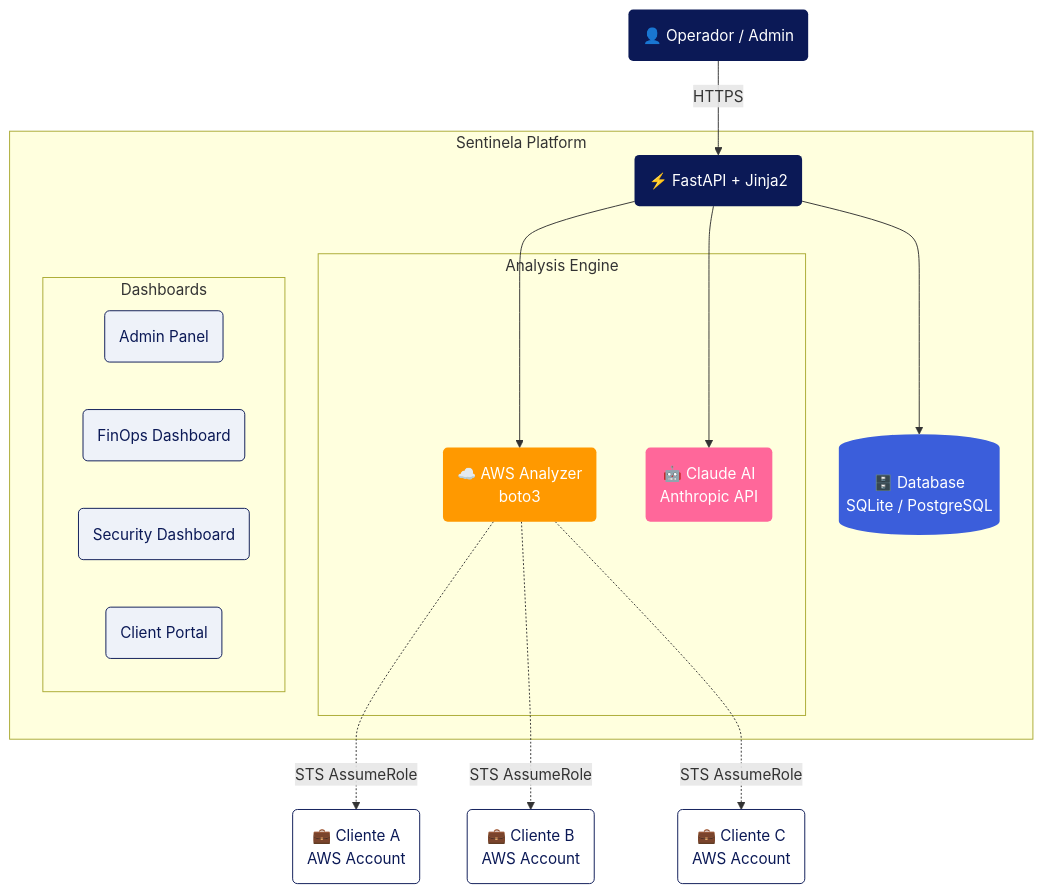
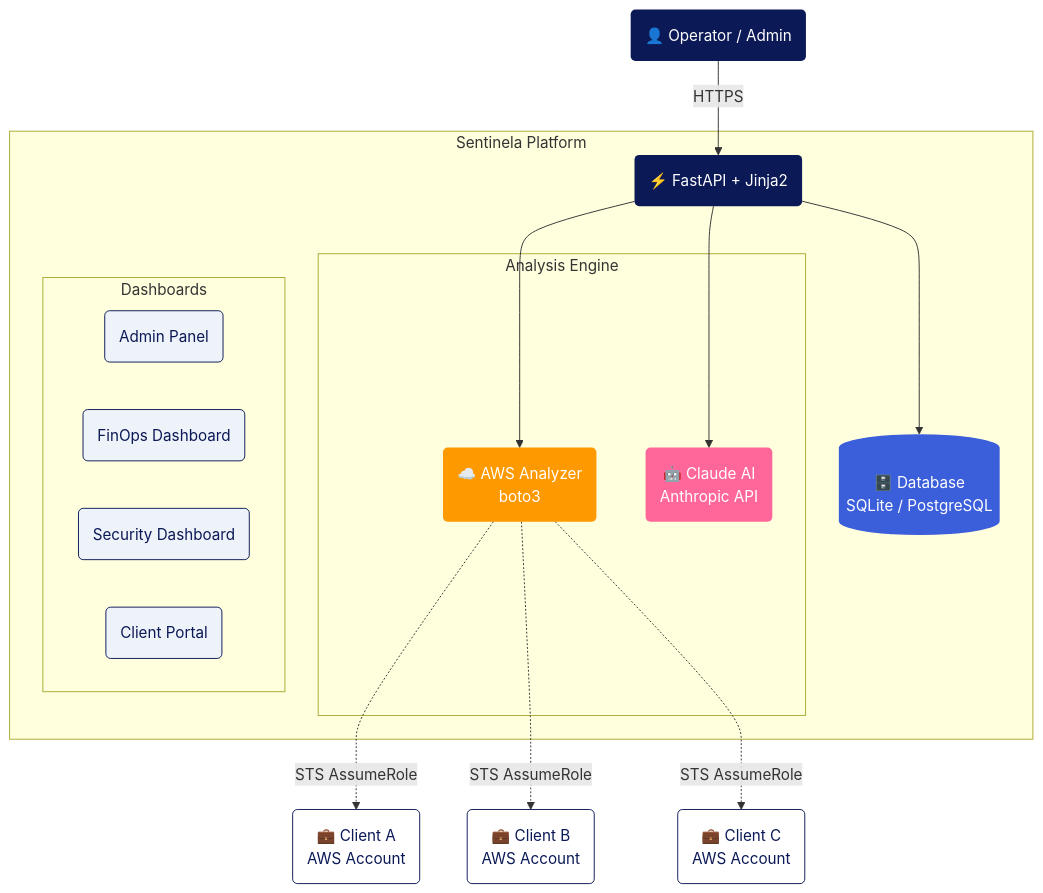
Before and after one commit to JacksonMlk/sentinela: the diagram in README.md, drawn with Mermaid. The commit also changed other lines of this file and 8 other files, not shown here.

````diff
--- a/README.md
+++ b/README.md
@@ -30,38 +113,38 @@
 ```mermaid
 flowchart TD
-    Admin("👤 Operador / Admin"):::navy
+    Admin("👤 Operator / Admin"):::navy
 
     subgraph Platform["  Sentinela Platform  "]
         API("⚡ FastAPI + Jinja2"):::navy
         subgraph Engine["  Analysis Engine  "]
             AWS("☁️ AWS Analyzer\nboto3"):::orange
             AI("🤖 Claude AI\nAnthropic API"):::pink
         end
         DB[("🗄️ Database\nSQLite / PostgreSQL")]:::blue
         subgraph Views["  Dashboards  "]
             V1("Admin Panel"):::chip
             V2("FinOps Dashboard"):::chip
             V3("Security Dashboard"):::chip
             V4("Client Portal"):::chip
         end
     end
 
-    CA("💼 Cliente A\nAWS Account"):::client
-    CB("💼 Cliente B\nAWS Account"):::client
-    CC("💼 Cliente C\nAWS Account"):::client
+    CA("💼 Client A\nAWS Account"):::client
+    CB("💼 Client B\nAWS Account"):::client
+    CC("💼 Client C\nAWS Account"):::client
 
     Admin -->|HTTPS| API
     API --> AWS
     API --> AI
     API --> DB
     AWS -.->|STS AssumeRole| CA
     AWS -.->|STS AssumeRole| CB
     AWS -.->|STS AssumeRole| CC
 
     classDef navy  fill:#0B1956,stroke:none,color:#fff
     classDef orange fill:#FF9900,stroke:none,color:#fff
     classDef pink  fill:#FF679A,stroke:none,color:#fff
     classDef blue  fill:#3B5EDB,stroke:none,color:#fff
     classDef chip  fill:#EEF2F9,stroke:#0B1956,color:#0B1956
     classDef client fill:#fff,stroke:#0B1956,color:#0B1956
 ```
````
